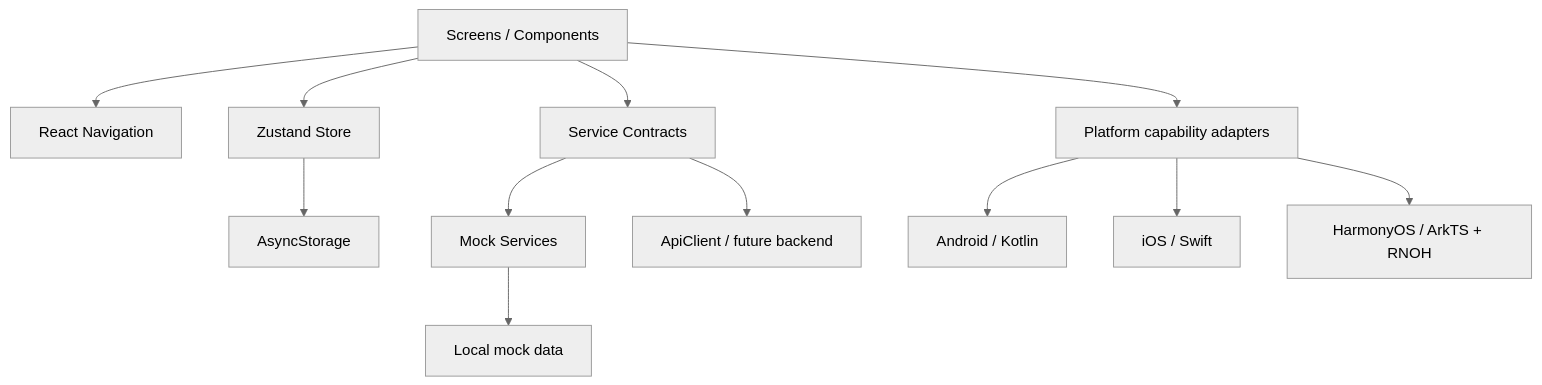
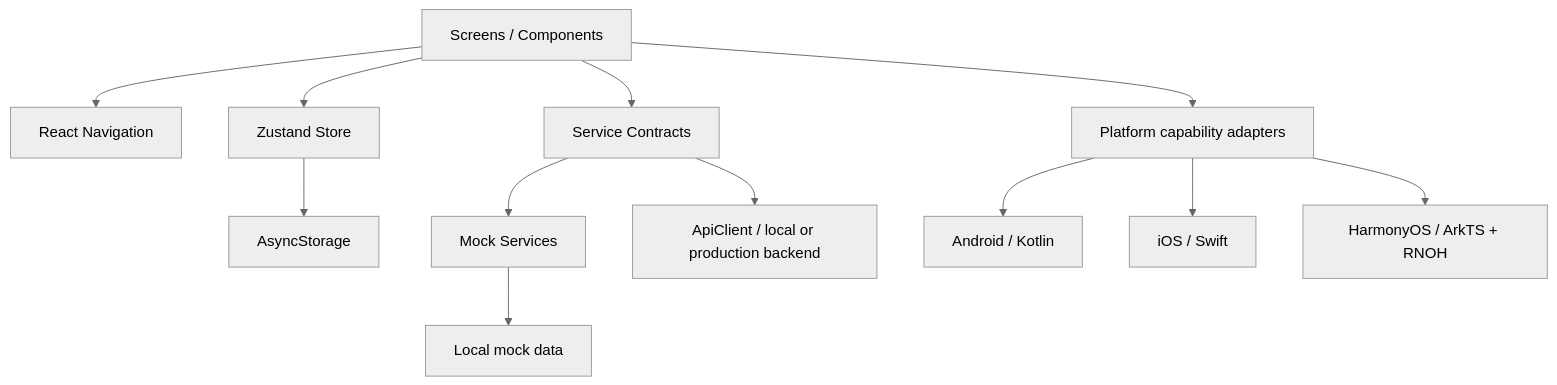
One commit to Ryan-0919/debaoapp changed the first of 3 diagrams in debao-mobile/docs/ARCHITECTURE.md. Above: the diagram before and after it, drawn with Mermaid (neutral theme). The commit also changed other lines of this file and 477 other files, not shown here.

````diff
--- a/debao-mobile/docs/ARCHITECTURE.md
+++ b/debao-mobile/docs/ARCHITECTURE.md
@@ -5,14 +5,14 @@
 ```mermaid
 flowchart TD
   UI["Screens / Components"] --> NAV["React Navigation"]
   UI --> STORE["Zustand Store"]
   UI --> CONTRACT["Service Contracts"]
   STORE --> STORAGE["AsyncStorage"]
   CONTRACT --> MOCK["Mock Services"]
-  CONTRACT --> API["ApiClient / future backend"]
+  CONTRACT --> API["ApiClient / local or production backend"]
   MOCK --> DATA["Local mock data"]
   UI --> PLATFORM["Platform capability adapters"]
   PLATFORM --> ANDROID["Android / Kotlin"]
   PLATFORM --> IOS["iOS / Swift"]
   PLATFORM --> HARMONY["HarmonyOS / ArkTS + RNOH"]
 ```
````
